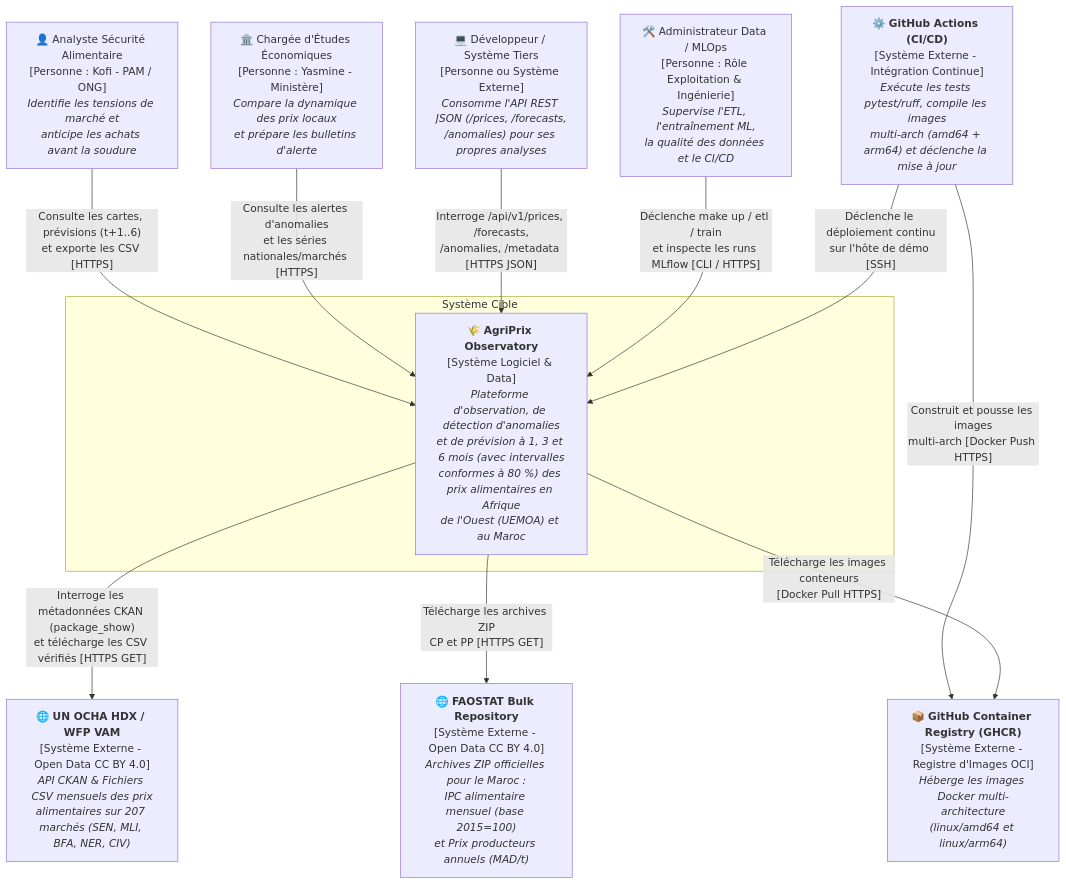
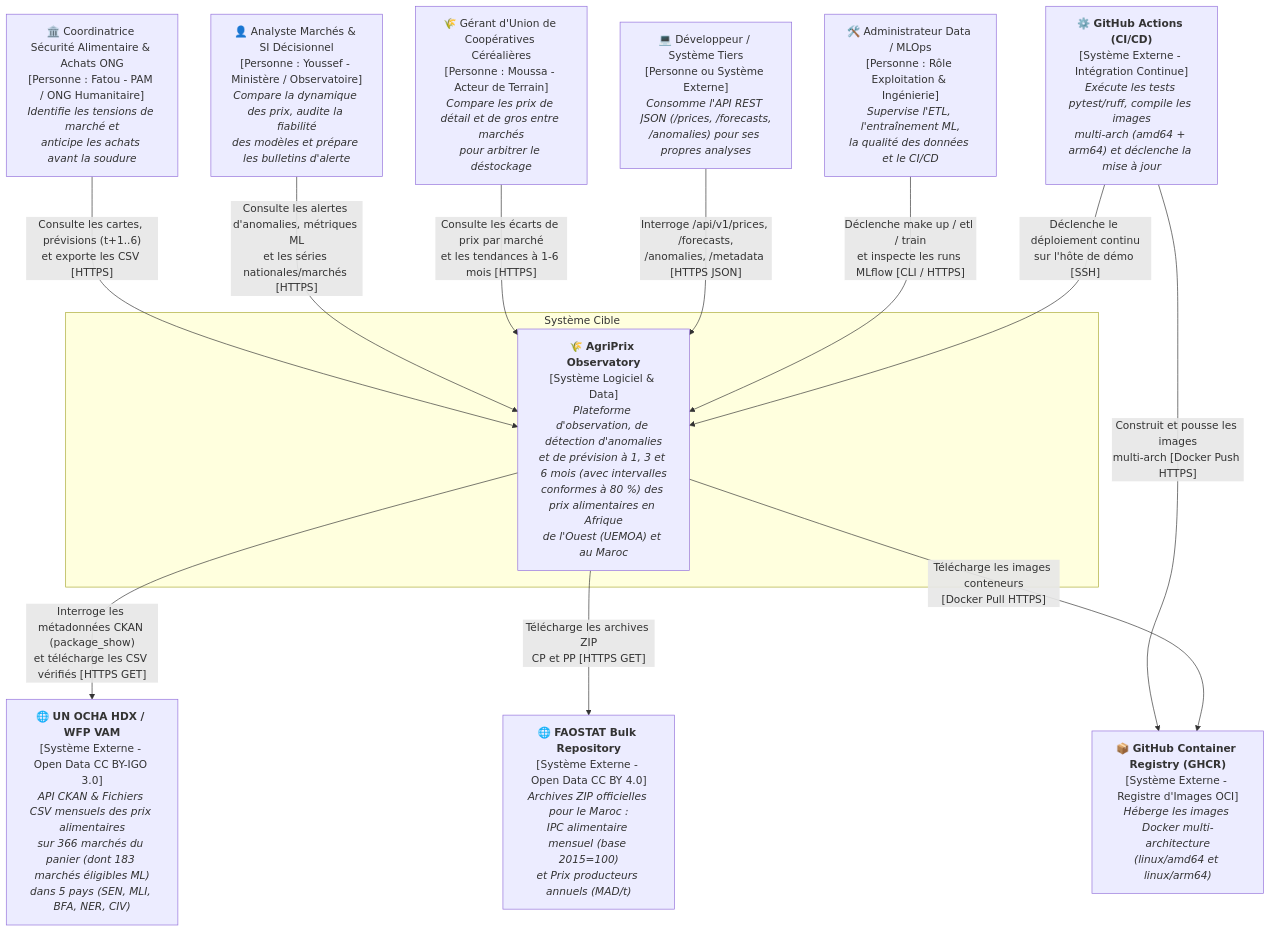
One commit to Oahmad228/AgriPrix changed the first of 2 diagrams in docs/diagrams/07-architecture-c4.md. Above: the diagram before and after it, drawn with Mermaid. The commit also changed other lines of this file and 24 other files, not shown here.

````diff
--- a/docs/diagrams/07-architecture-c4.md
+++ b/docs/diagrams/07-architecture-c4.md
@@ -11,32 +11,34 @@
 ```mermaid
 flowchart TB
     %% Utilisateurs & Clients externes
-    Analyst["👤 Analyste Sécurité Alimentaire<br/>[Personne : Kofi - PAM / ONG]<br/><i>Identifie les tensions de marché et<br/>anticipe les achats avant la soudure</i>"]
-    Decider["🏛️ Chargée d'Études Économiques<br/>[Personne : Yasmine - Ministère]<br/><i>Compare la dynamique des prix locaux<br/>et prépare les bulletins d'alerte</i>"]
+    Decider["🏛️ Coordinatrice Sécurité Alimentaire & Achats ONG<br/>[Personne : Fatou - PAM / ONG Humanitaire]<br/><i>Identifie les tensions de marché et<br/>anticipe les achats avant la soudure</i>"]
+    Analyst["👤 Analyste Marchés & SI Décisionnel<br/>[Personne : Youssef - Ministère / Observatoire]<br/><i>Compare la dynamique des prix, audite la fiabilité<br/>des modèles et prépare les bulletins d'alerte</i>"]
+    Coop["🌾 Gérant d'Union de Coopératives Céréalières<br/>[Personne : Moussa - Acteur de Terrain]<br/><i>Compare les prix de détail et de gros entre marchés<br/>pour arbitrer le déstockage</i>"]
     ThirdParty["💻 Développeur / Système Tiers<br/>[Personne ou Système Externe]<br/><i>Consomme l'API REST JSON (/prices, /forecasts,<br/>/anomalies) pour ses propres analyses</i>"]
     AdminOps["🛠️ Administrateur Data / MLOps<br/>[Personne : Rôle Exploitation & Ingénierie]<br/><i>Supervise l'ETL, l'entraînement ML,<br/>la qualité des données et le CI/CD</i>"]
 
     %% Système Central
     subgraph CentralSystem ["Système Cible"]
         AgriPrix["🌾 <b>AgriPrix Observatory</b><br/>[Système Logiciel & Data]<br/><i>Plateforme d'observation, de détection d'anomalies<br/>et de prévision à 1, 3 et 6 mois (avec intervalles<br/>conformes à 80 %) des prix alimentaires en Afrique<br/>de l'Ouest (UEMOA) et au Maroc</i>"]
     end
 
     %% Systèmes Externes
-    HDX["🌐 <b>UN OCHA HDX / WFP VAM</b><br/>[Système Externe - Open Data CC BY 4.0]<br/><i>API CKAN & Fichiers CSV mensuels des prix<br/>alimentaires sur 207 marchés (SEN, MLI, BFA, NER, CIV)</i>"]
+    HDX["🌐 <b>UN OCHA HDX / WFP VAM</b><br/>[Système Externe - Open Data CC BY-IGO 3.0]<br/><i>API CKAN & Fichiers CSV mensuels des prix alimentaires<br/>sur 366 marchés du panier (dont 183 marchés éligibles ML)<br/>dans 5 pays (SEN, MLI, BFA, NER, CIV)</i>"]
     FAO["🌐 <b>FAOSTAT Bulk Repository</b><br/>[Système Externe - Open Data CC BY 4.0]<br/><i>Archives ZIP officielles pour le Maroc :<br/>IPC alimentaire mensuel (base 2015=100)<br/>et Prix producteurs annuels (MAD/t)</i>"]
     GHA["⚙️ <b>GitHub Actions (CI/CD)</b><br/>[Système Externe - Intégration Continue]<br/><i>Exécute les tests pytest/ruff, compile les images<br/>multi-arch (amd64 + arm64) et déclenche la mise à jour</i>"]
     GHCR["📦 <b>GitHub Container Registry (GHCR)</b><br/>[Système Externe - Registre d'Images OCI]<br/><i>Héberge les images Docker multi-architecture<br/>(linux/amd64 et linux/arm64)</i>"]
 
     %% Interactions Utilisateurs -> Système
-    Analyst -- "Consulte les cartes, prévisions (t+1..6)<br/>et exporte les CSV [HTTPS]" --> AgriPrix
-    Decider -- "Consulte les alertes d'anomalies<br/>et les séries nationales/marchés [HTTPS]" --> AgriPrix
+    Decider -- "Consulte les cartes, prévisions (t+1..6)<br/>et exporte les CSV [HTTPS]" --> AgriPrix
+    Analyst -- "Consulte les alertes d'anomalies, métriques ML<br/>et les séries nationales/marchés [HTTPS]" --> AgriPrix
+    Coop -- "Consulte les écarts de prix par marché<br/>et les tendances à 1-6 mois [HTTPS]" --> AgriPrix
     ThirdParty -- "Interroge /api/v1/prices, /forecasts,<br/>/anomalies, /metadata [HTTPS JSON]" --> AgriPrix
     AdminOps -- "Déclenche make up / etl / train<br/>et inspecte les runs MLflow [CLI / HTTPS]" --> AgriPrix
 
     %% Interactions Système <-> Systèmes Externes (Sens exact des flux réseau)
     AgriPrix -- "Interroge les métadonnées CKAN (package_show)<br/>et télécharge les CSV vérifiés [HTTPS GET]" --> HDX
     AgriPrix -- "Télécharge les archives ZIP<br/>CP et PP [HTTPS GET]" --> FAO
     GHA -- "Construit et pousse les images<br/>multi-arch [Docker Push HTTPS]" --> GHCR
     GHA -- "Déclenche le déploiement continu<br/>sur l'hôte de démo [SSH]" --> AgriPrix
     AgriPrix -- "Télécharge les images conteneurs<br/>[Docker Pull HTTPS]" --> GHCR
 ```
````
